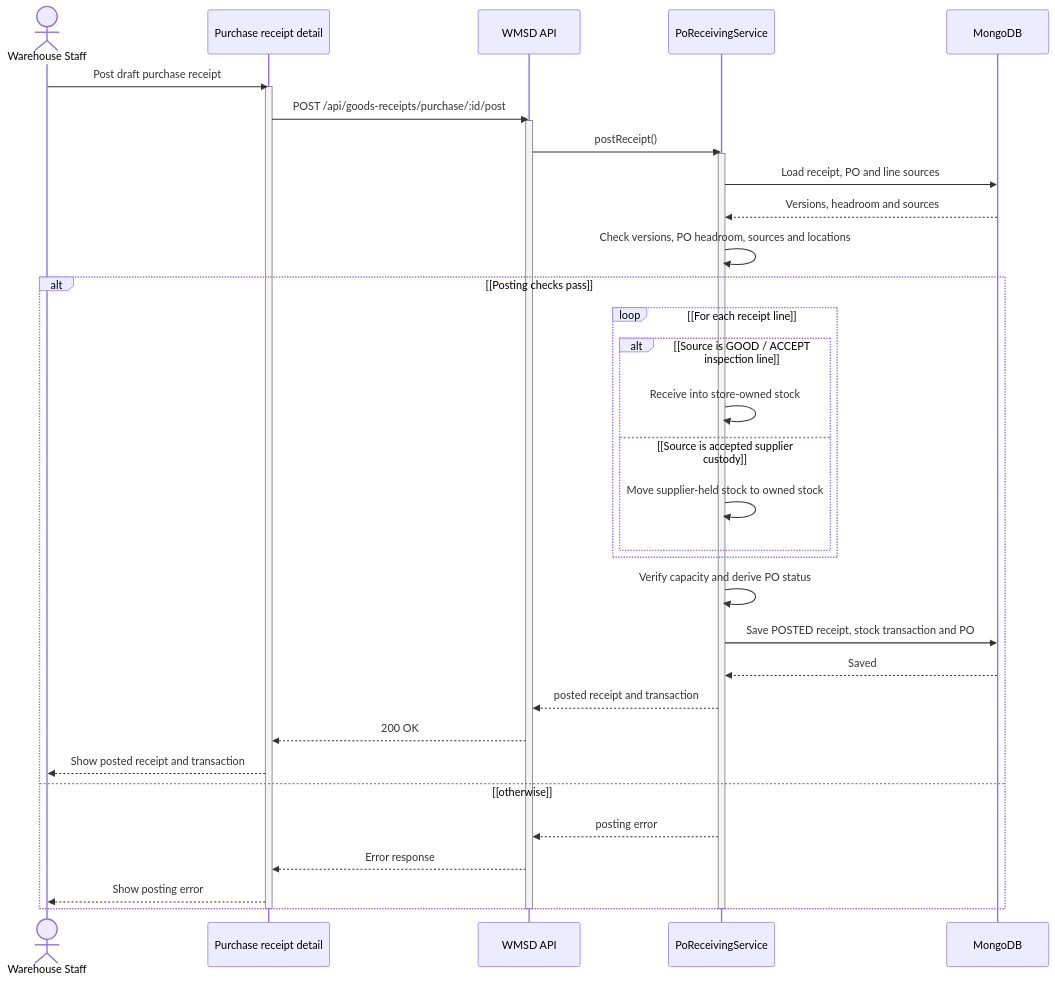
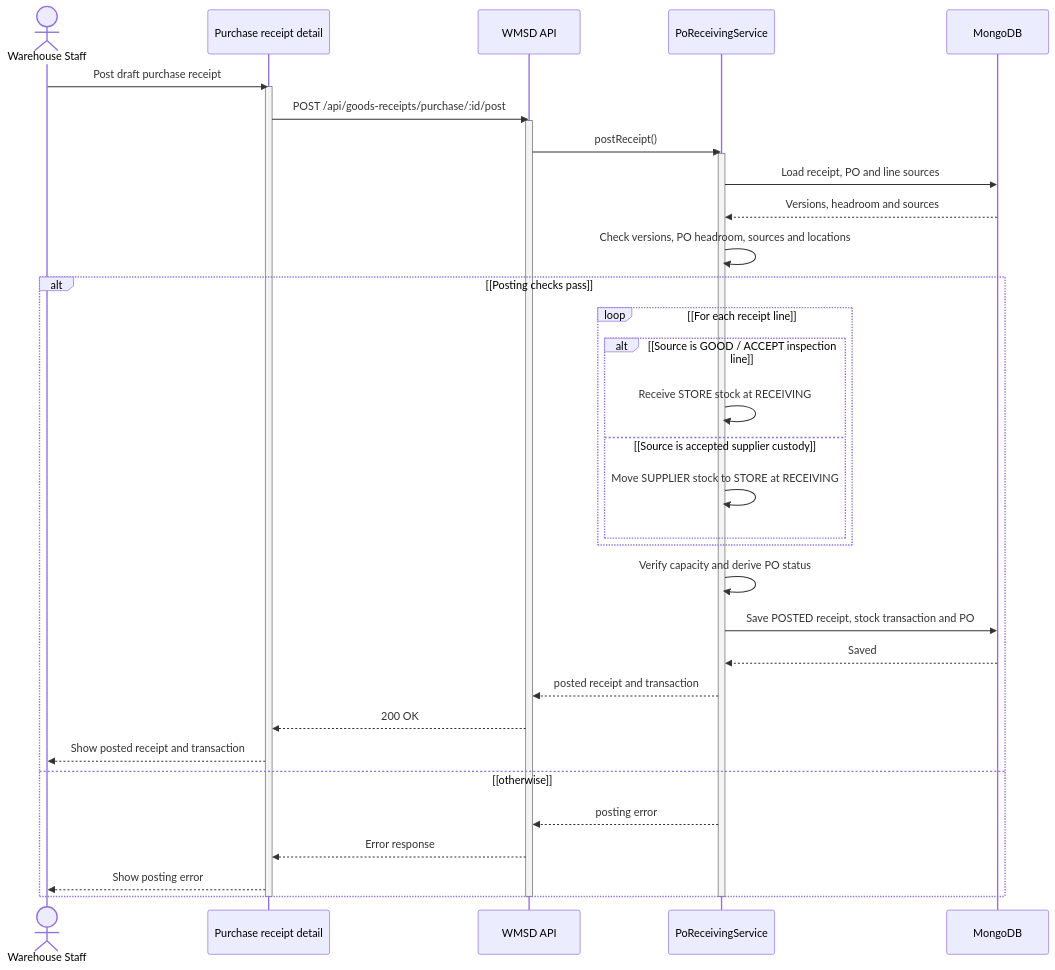
Before and after one commit to bupbalabup/wmsd_be: diagram 24 of 46 in git_doc/docs/01_bao_cao/WMSD_Report4_Draft.md, drawn with Mermaid. The commit also changed other lines of this file and 32 other files, not shown here.

````diff
--- a/git_doc/docs/01_bao_cao/WMSD_Report4_Draft.md
+++ b/git_doc/docs/01_bao_cao/WMSD_Report4_Draft.md
@@ -1325,39 +1703,39 @@
 ```mermaid
 sequenceDiagram
   actor X as Warehouse Staff
   participant U as Purchase receipt detail
   participant A as WMSD API
   participant S as PoReceivingService
   participant D as MongoDB
   X->>U: Post draft purchase receipt
   activate U
   U->>A: POST /api/goods-receipts/purchase/:id/post
   activate A
   A->>S: postReceipt()
   activate S
   S->>D: Load receipt, PO and line sources
   D-->>S: Versions, headroom and sources
   S->>S: Check versions, PO headroom, sources and locations
   alt [Posting checks pass]
     loop [For each receipt line]
       alt [Source is GOOD / ACCEPT inspection line]
-        S->>S: Receive into store-owned stock
+        S->>S: Receive STORE stock at RECEIVING
       else [Source is accepted supplier custody]
-        S->>S: Move supplier-held stock to owned stock
+        S->>S: Move SUPPLIER stock to STORE at RECEIVING
       end
     end
     S->>S: Verify capacity and derive PO status
     S->>D: Save POSTED receipt, stock transaction and PO
     D-->>S: Saved
     S-->>A: posted receipt and transaction
     A-->>U: 200 OK
     U-->>X: Show posted receipt and transaction
   else [otherwise]
     S-->>A: posting error
     A-->>U: Error response
     U-->>X: Show posting error
   end
   deactivate S
   deactivate A
   deactivate U
 ```
````
